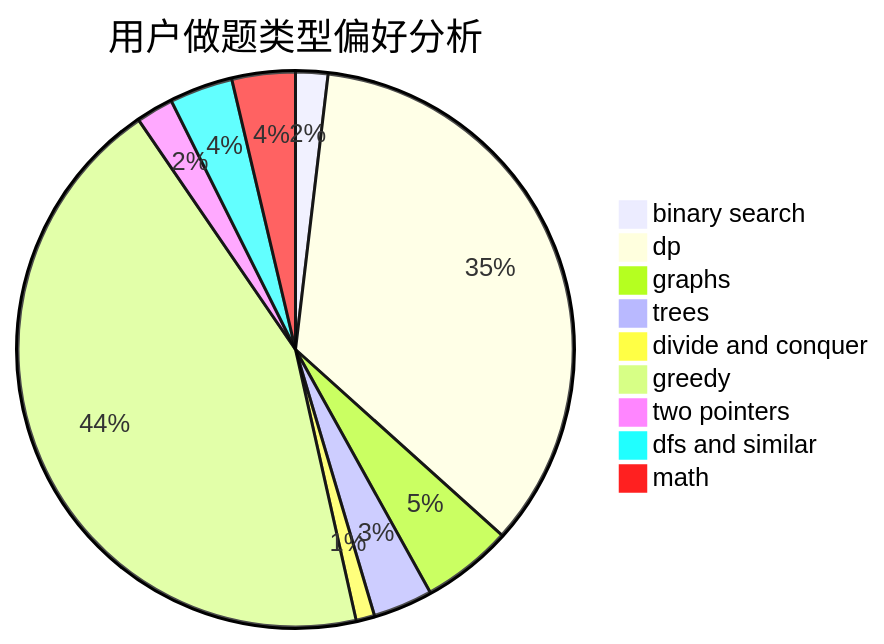
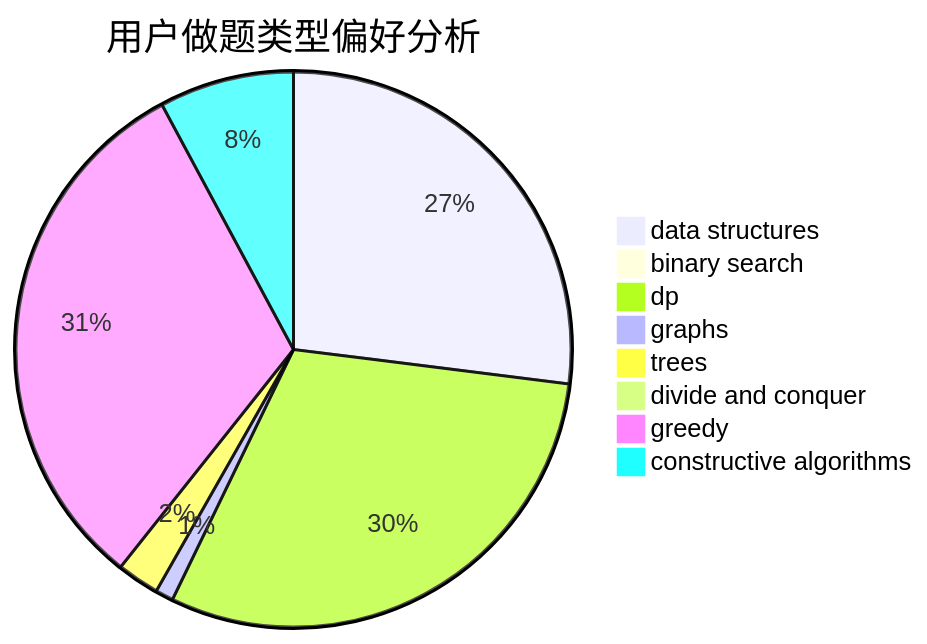
Before and after one commit to sherpahu/cfrs.github.io: the second of 3 diagrams in docs/user/u1366.md, drawn with Mermaid. The commit also changed other lines of this file and 2775 other files, not shown here.

````diff
--- a/docs/user/u1366.md
+++ b/docs/user/u1366.md
@@ -23,12 +23,11 @@
 ```mermaid
 pie title 用户做题类型偏好分析
-    "binary search" :  26
-    "dp" :  481
-    "graphs" :  73
-    "trees" :  48
-    "divide and conquer" :  15
-    "greedy" :  608
-    "two pointers" :  30
-    "dfs and similar" :  51
-    "math" :  51
+    "data structures" :  361
+    "binary search" :  1
+    "dp" :  404
+    "graphs" :  14
+    "trees" :  33
+    "divide and conquer" :  8
+    "greedy" :  421
+    "constructive algorithms" :  105
 ```
````
